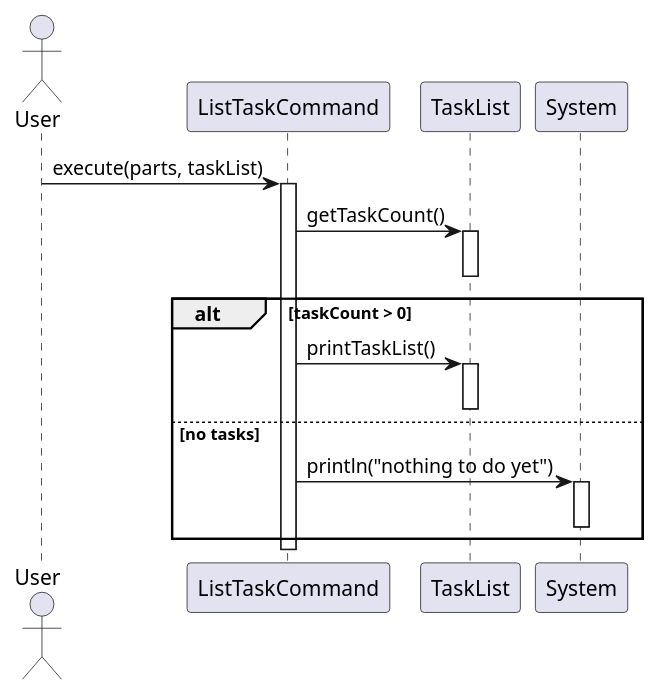
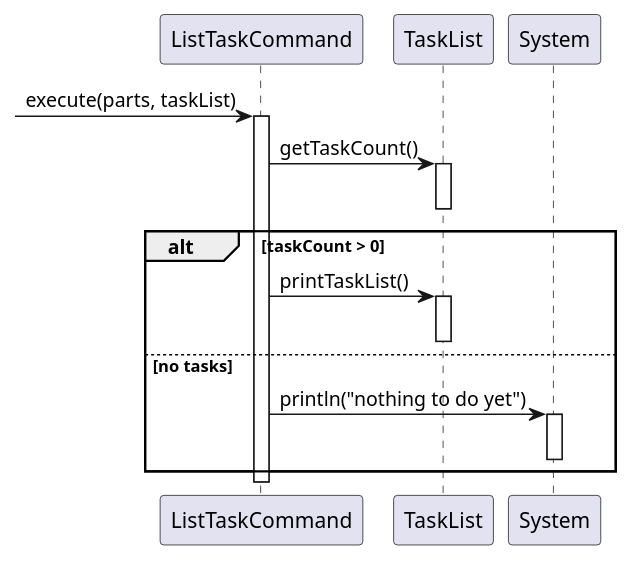
Before and after one commit to wongyihao02/tp: the diagram in docs/diagrams/tasklistcommands/ListTaskCommandSequenceDiagram.puml, drawn with PlantUML. The commit also changed 19 other files, not shown here.

Commit message:
Edit sequence diagrams for taskcommands

```diff
--- a/docs/diagrams/tasklistcommands/ListTaskCommandSequenceDiagram.puml
+++ b/docs/diagrams/tasklistcommands/ListTaskCommandSequenceDiagram.puml
@@ -1,28 +1,26 @@
 @startuml
 'https://plantuml.com/sequence-diagram
-
-actor User
 
 participant "ListTaskCommand" as ListCmd
 participant "TaskList" as TaskList
 participant "System" as Console
 
-User -> ListCmd : execute(parts, taskList)
+-> ListCmd : execute(parts, taskList)
 activate ListCmd
 
 ListCmd -> TaskList : getTaskCount()
 activate TaskList
 deactivate TaskList
 
 alt taskCount > 0
     ListCmd -> TaskList : printTaskList()
     activate TaskList
     deactivate TaskList
 else no tasks
     ListCmd -> Console : println("nothing to do yet")
     activate Console
     deactivate Console
 end
 
 deactivate ListCmd
 @enduml
```
